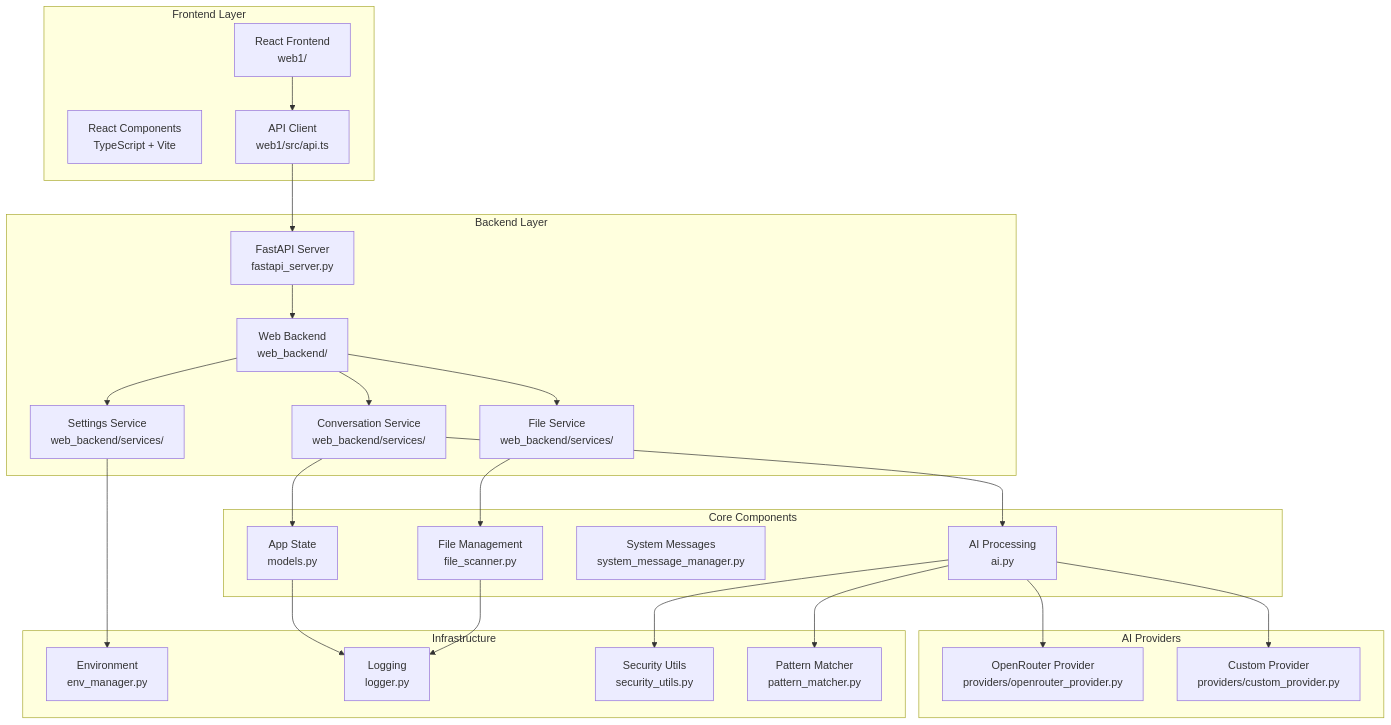
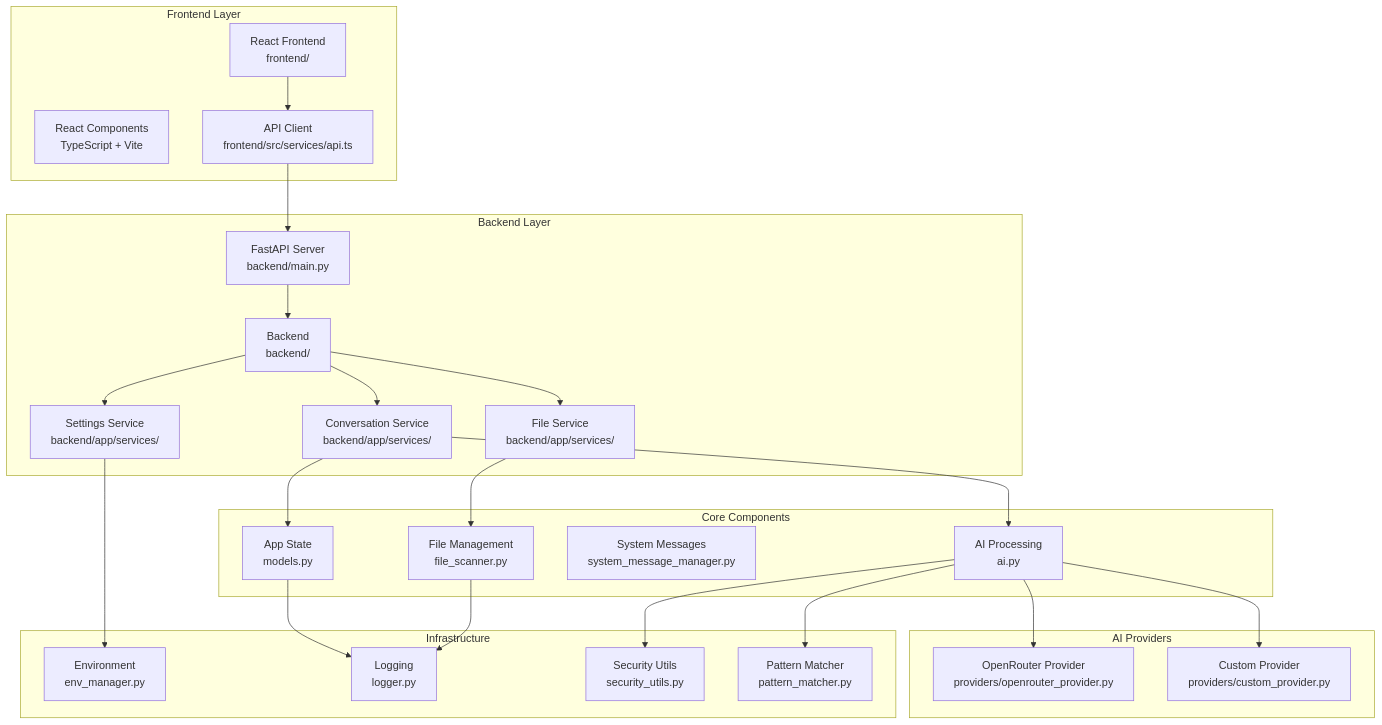
One commit to argentquest/Whysper changed the first of 4 diagrams in ARCHITECTURE.md. Above: the diagram before and after it, drawn with Mermaid. The commit also changed other lines of this file and 62 other files, not shown here.

First line of the commit message:
Add comprehensive tests for D2 and Mermaid diagram rendering

````diff
--- a/ARCHITECTURE.md
+++ b/ARCHITECTURE.md
@@ -11,55 +11,55 @@
 ```mermaid
 graph TB
      subgraph "Frontend Layer"
-         RF[React Frontend<br/>web1/]
+         RF[React Frontend<br/>frontend/]
          RT[React Components<br/>TypeScript + Vite]
-         API[API Client<br/>web1/src/api.ts]
+         API[API Client<br/>frontend/src/services/api.ts]
      end
 
      subgraph "Backend Layer"
-         FA[FastAPI Server<br/>fastapi_server.py]
-         WB[Web Backend<br/>web_backend/]
-         CS[Conversation Service<br/>web_backend/services/]
-         FS[File Service<br/>web_backend/services/]
-         SS[Settings Service<br/>web_backend/services/]
+         FA[FastAPI Server<br/>backend/main.py]
+         WB[Backend<br/>backend/]
+         CS[Conversation Service<br/>backend/app/services/]
+         FS[File Service<br/>backend/app/services/]
+         SS[Settings Service<br/>backend/app/services/]
      end
 
      subgraph "Core Components"
          AS[App State<br/>models.py]
          AI[AI Processing<br/>ai.py]
          SM[System Messages<br/>system_message_manager.py]
          FM[File Management<br/>file_scanner.py]
      end
 
      subgraph "AI Providers"
          OR[OpenRouter Provider<br/>providers/openrouter_provider.py]
          CP[Custom Provider<br/>providers/custom_provider.py]
      end
 
      subgraph "Infrastructure"
          EL[Environment<br/>env_manager.py]
          LOG[Logging<br/>logger.py]
          SU[Security Utils<br/>security_utils.py]
          PM[Pattern Matcher<br/>pattern_matcher.py]
      end
 
      RF --> API
      API --> FA
      FA --> WB
      WB --> CS
      WB --> FS
      WB --> SS
 
      CS --> AS
      CS --> AI
      FS --> FM
      SS --> EL
 
      AI --> OR
      AI --> CP
 
      AI --> PM
      AI --> SU
      AS --> LOG
      FM --> LOG
 ```
````
